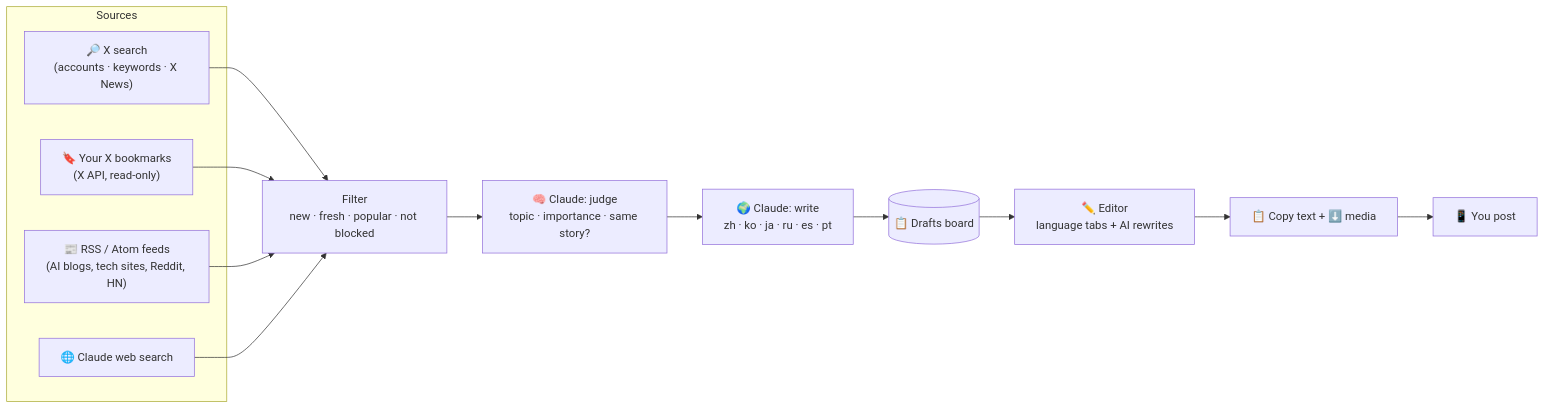
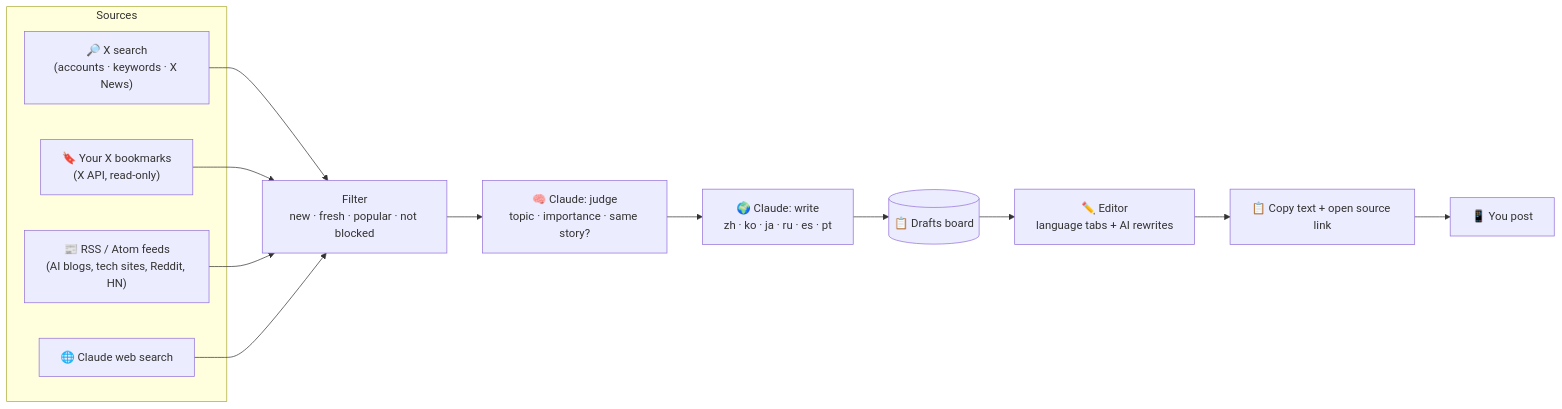
Before and after one commit to RamazanBolatkhan/content_machine: the diagram in README.md, drawn with Mermaid. The commit also changed other lines of this file and 19 other files, not shown here.

Commit message:
Make the app text-first and remove media storage

````diff
--- a/README.md
+++ b/README.md
@@ -44,20 +44,20 @@
 ```mermaid
 flowchart LR
     subgraph Sources
         S["🔎 X search<br/>(accounts · keywords · X News)"]
         B["🔖 Your X bookmarks<br/>(X API, read-only)"]
         R["📰 RSS / Atom feeds<br/>(AI blogs, tech sites, Reddit, HN)"]
         W["🌐 Claude web search"]
     end
 
     S --> F["Filter<br/>new · fresh · popular · not blocked"]
     B --> F
     R --> F
     W --> F
     F --> J["🧠 Claude: judge<br/>topic · importance · same story?"]
     J --> L["🌍 Claude: write<br/>zh · ko · ja · ru · es · pt"]
     L --> D[("📋 Drafts board")]
     D --> E["✏️ Editor<br/>language tabs + AI rewrites"]
-    E --> Y["📋 Copy text + ⬇️ media"]
+    E --> Y["📋 Copy text + open source link"]
     Y --> T["📱 You post"]
 ```
````
